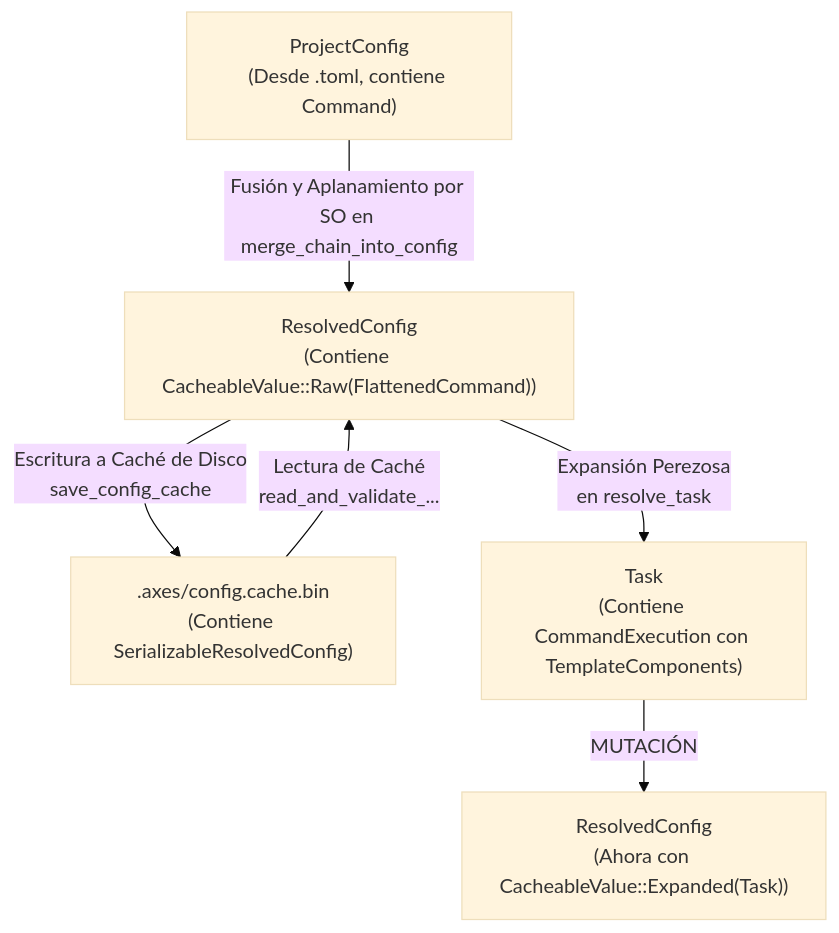
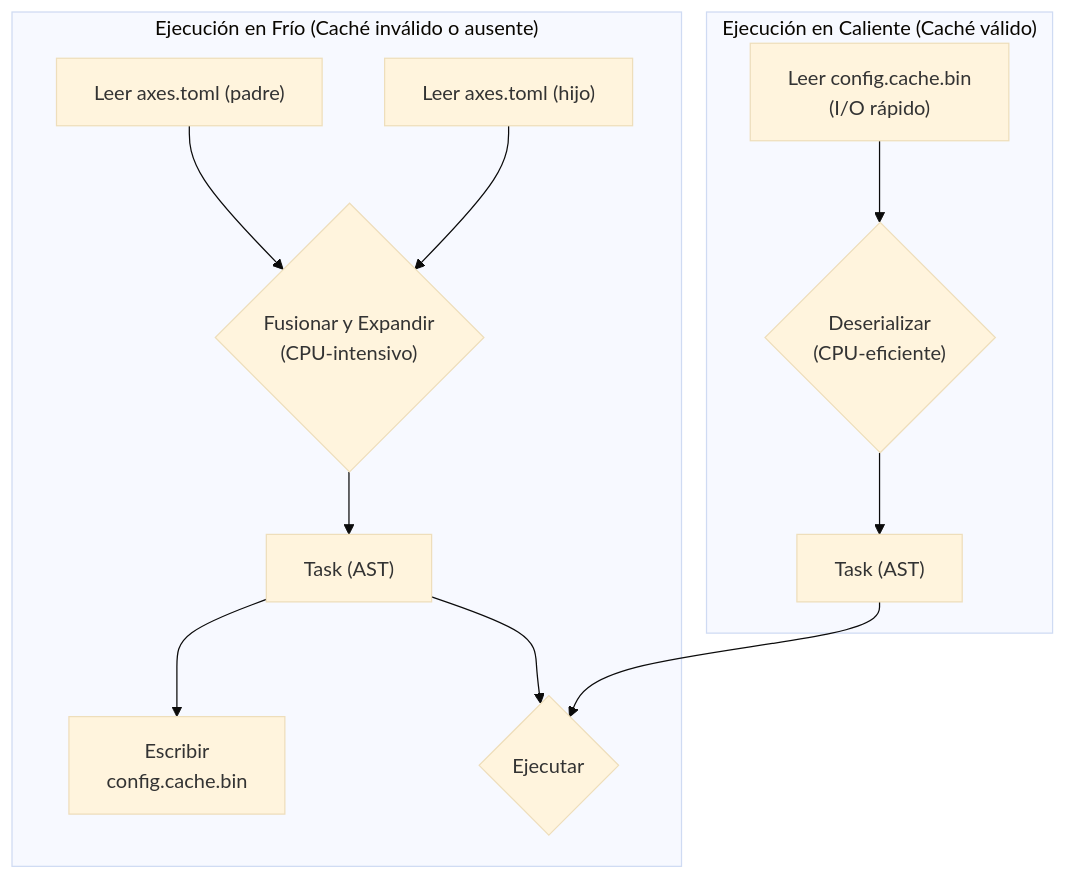
The fifth of 6 diagrams in docs/es/TECNICAL.md (RetypeOS/axes), drawn with Mermaid (base theme) before and after one commit. The commit also changed other lines of this file and 2 other files, not shown here.

````diff
--- a/docs/es/TECNICAL.md
+++ b/docs/es/TECNICAL.md
@@ -517,8 +270,16 @@
     ```mermaid
     graph TD
-        A["ProjectConfig<br>(Desde .toml, contiene Command)"] -->|Fusión y Aplanamiento por SO en merge_chain_into_config| B["ResolvedConfig<br>(Contiene CacheableValue::Raw(FlattenedCommand))"];
-        B -->|Escritura a Caché de Disco<br>save_config_cache| C[".axes/config.cache.bin<br>(Contiene SerializableResolvedConfig)"];
-        C -->|Lectura de Caché<br>read_and_validate_...| B;
-        B -->|Expansión Perezosa<br>en resolve_task| D["Task<br>(Contiene CommandExecution con TemplateComponents)"];
-        D -->|MUTACIÓN| E["ResolvedConfig<br>(Ahora con CacheableValue::Expanded(Task))"];
+        subgraph "Ejecución en Frío (Caché inválido o ausente)"
+            A["Leer axes.toml (padre)"] --> C;
+            B["Leer axes.toml (hijo)"] --> C;
+            C{"Fusionar y Expandir<br>(CPU-intensivo)"} --> D["Task (AST)"];
+            D --> E["Escribir<br>config.cache.bin"];
+            D --> F{Ejecutar};
+        end
+
+        subgraph "Ejecución en Caliente (Caché válido)"
+            G["Leer config.cache.bin<br>(I/O rápido)"] --> H{"Deserializar<br>(CPU-eficiente)"};
+            H --> I["Task (AST)"];
+            I --> F;
+        end
     ```
````
